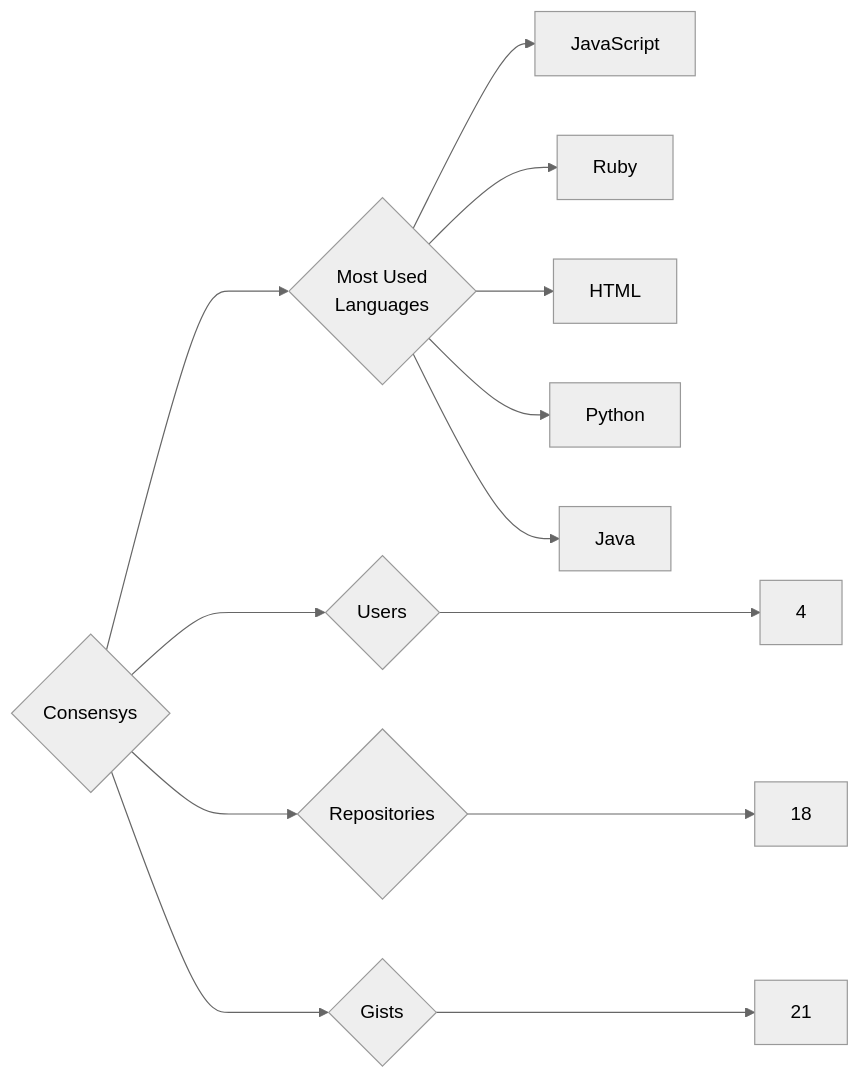
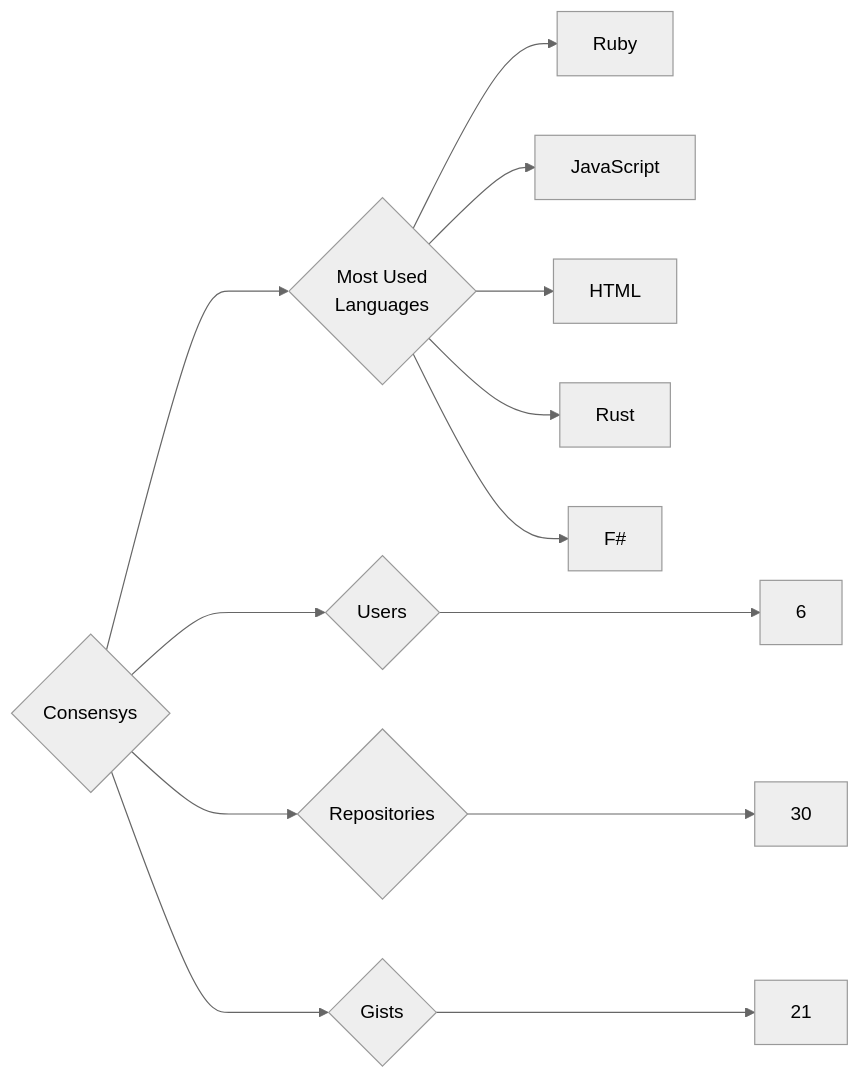
Before and after one commit to trickest/insiders: the diagram in targets/Consensys/README.md, drawn with Mermaid (neutral theme). The commit also changed 1088 other files, not shown here.

````diff
--- a/targets/Consensys/README.md
+++ b/targets/Consensys/README.md
@@ -3,13 +3,13 @@
 ```mermaid
 graph LR
 COMPANY_NAME{Consensys}
-COMPANY_NAME ---> U{Users} ---> UN[4]
-COMPANY_NAME ---> R{Repositories} ---> RN[18]
+COMPANY_NAME ---> U{Users} ---> UN[6]
+COMPANY_NAME ---> R{Repositories} ---> RN[30]
 COMPANY_NAME ---> G{Gists} ---> GN[21]
 COMPANY_NAME ---> ML{Most Used<br>Languages}
+ML --> Ruby[Ruby]
 ML --> JavaScript[JavaScript]
-ML --> Ruby[Ruby]
 ML --> HTML[HTML]
-ML --> Python[Python]
-ML --> Java[Java]
+ML --> Rust[Rust]
+ML --> F#[F#]
 ```
````
